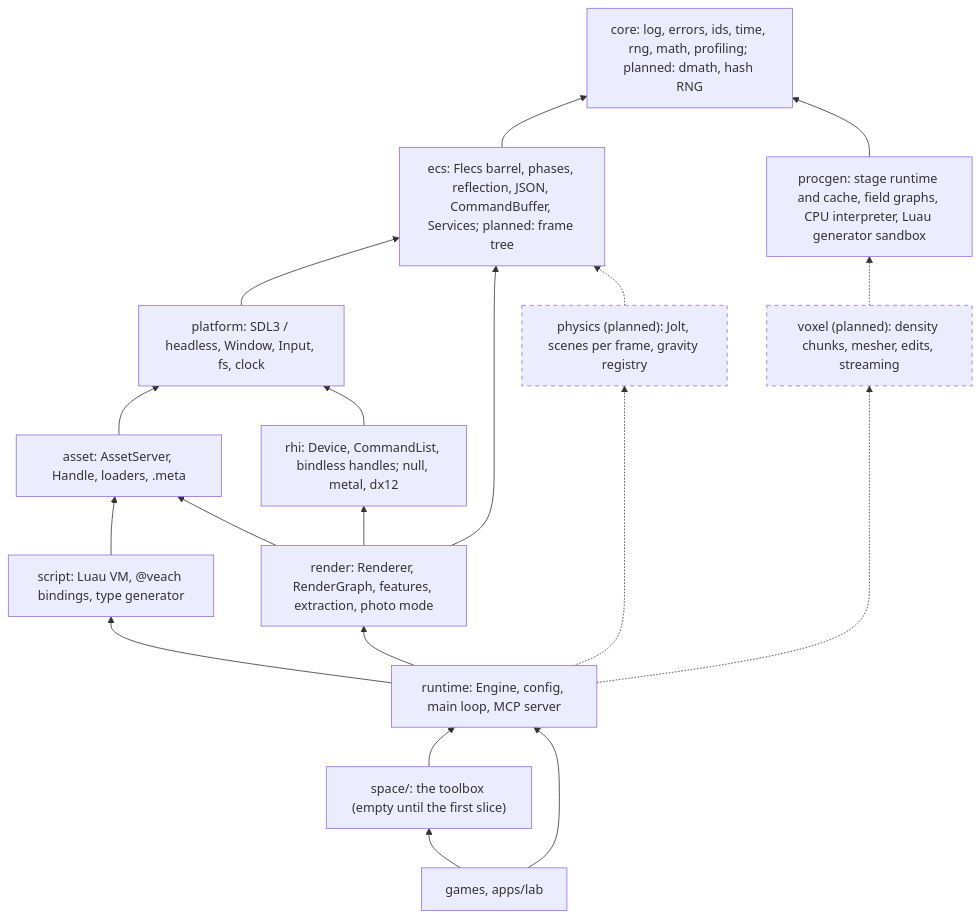
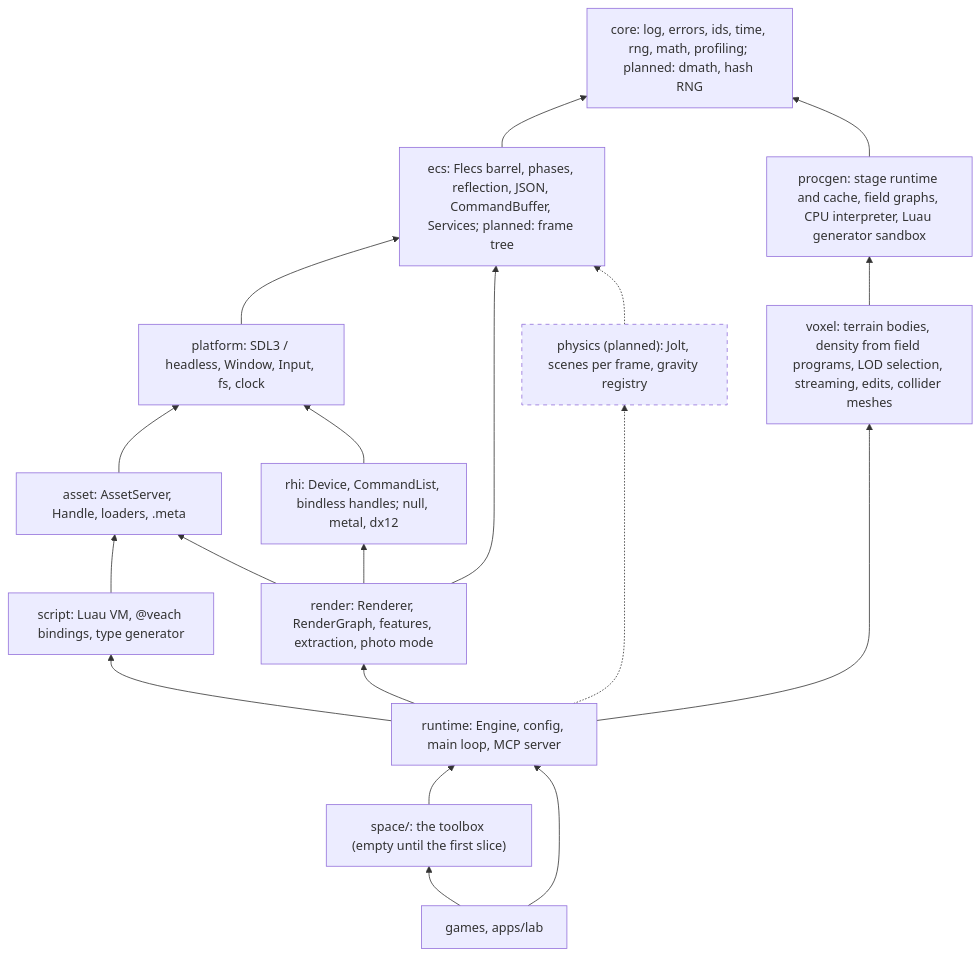
Before and after one commit to pdcamargo/veach: the first of 2 diagrams in docs/ARCHITECTURE.md, drawn with Mermaid. The commit also changed other lines of this file and 6 other files, not shown here.

First line of the commit message:
docs(voxel): the voxel terrain guide, spec implemented, VCH-114 done (VCH-114)

````diff
--- a/docs/ARCHITECTURE.md
+++ b/docs/ARCHITECTURE.md
@@ -71,36 +71,36 @@
 ```mermaid
 flowchart BT
     core["core: log, errors, ids, time, rng, math, profiling; planned: dmath, hash RNG"]
     ecs["ecs: Flecs barrel, phases, reflection, JSON, CommandBuffer, Services; planned: frame tree"]
     platform["platform: SDL3 / headless, Window, Input, fs, clock"]
     asset["asset: AssetServer, Handle, loaders, .meta"]
     script["script: Luau VM, @veach bindings, type generator"]
     rhi["rhi: Device, CommandList, bindless handles; null, metal, dx12"]
     render["render: Renderer, RenderGraph, features, extraction, photo mode"]
     physics["physics (planned): Jolt, scenes per frame, gravity registry"]
     procgen["procgen: stage runtime and cache, field graphs, CPU interpreter, Luau generator sandbox"]
-    voxel["voxel (planned): density chunks, mesher, edits, streaming"]
+    voxel["voxel: terrain bodies, density from field programs, LOD selection, streaming, edits, collider meshes"]
     runtime["runtime: Engine, config, main loop, MCP server"]
     space["space/: the toolbox (empty until the first slice)"]
     games["games, apps/lab"]
     ecs --> core
     platform --> ecs
     asset --> platform
     script --> asset
     rhi --> platform
     render --> rhi
     render --> ecs
     render --> asset
     physics -.-> ecs
     procgen --> core
-    voxel -.-> procgen
+    voxel --> procgen
     runtime --> script
     runtime --> render
     runtime -.-> physics
-    runtime -.-> voxel
+    runtime --> voxel
     space --> runtime
     games --> space
     games --> runtime
     classDef planned stroke-dasharray: 5 5
-    class physics,voxel planned
+    class physics planned
 ```
````
